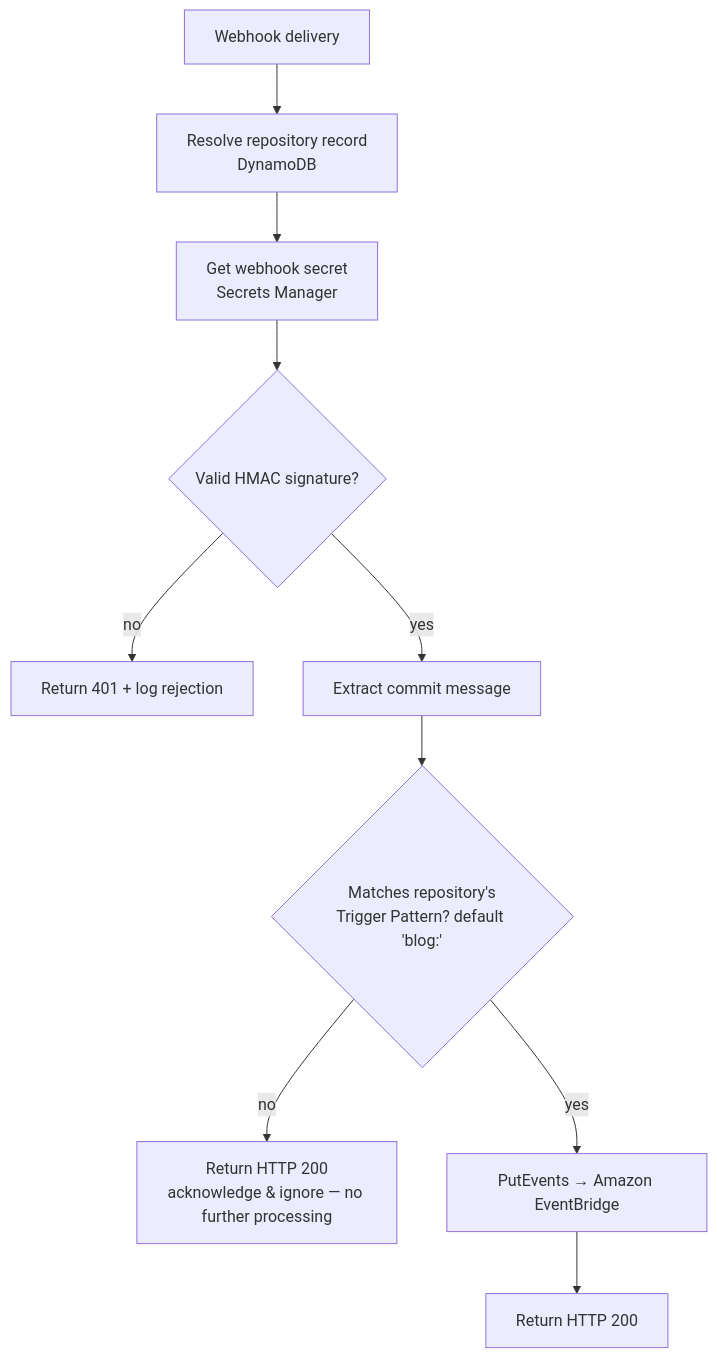
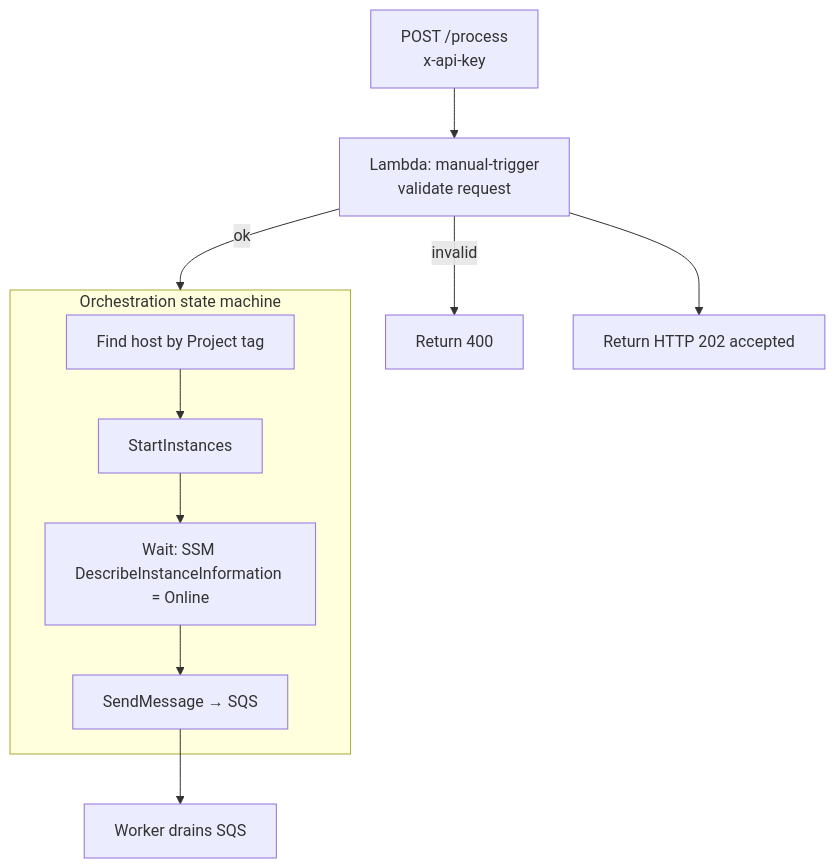
One commit to teddynted/ai-github-repository-blog-generator changed the second of 8 diagrams in docs/architecture.md. Above: the diagram before and after it, drawn with Mermaid. The commit also changed other lines of this file, not shown here.

First line of the commit message:
docs(architecture): rewrite for /process → Step Functions → Provider Router (Stage D)

````diff
--- a/docs/architecture.md
+++ b/docs/architecture.md
@@ -61,12 +59,13 @@
 ```mermaid
 flowchart TB
-    W[Webhook delivery] --> LK[Resolve repository record<br/>DynamoDB]
-    LK --> GS[Get webhook secret<br/>Secrets Manager]
-    GS --> SIG{Valid HMAC signature?}
-    SIG -- no --> R401[Return 401 + log rejection]
-    SIG -- yes --> EX[Extract commit message]
-    EX --> T{Matches repository's<br/>Trigger Pattern? default 'blog:'}
-    T -- no --> ACK[Return HTTP 200<br/>acknowledge & ignore — no further processing]
-    T -- yes --> PUT[PutEvents → Amazon EventBridge]
-    PUT --> OK[Return HTTP 200]
+    C[POST /process<br/>x-api-key] --> LT[Lambda: manual-trigger<br/>validate request]
+    LT -- invalid --> R400[Return 400]
+    LT -- ok --> SFN[StartExecution → Step Functions]
+    LT --> R202[Return HTTP 202 accepted]
+    subgraph SFN["Orchestration state machine"]
+        FIND[Find host by Project tag] --> START[StartInstances]
+        START --> WAIT[Wait: SSM DescribeInstanceInformation = Online]
+        WAIT --> ENQ[SendMessage → SQS]
+    end
+    ENQ --> WK[Worker drains SQS]
 ```
````
